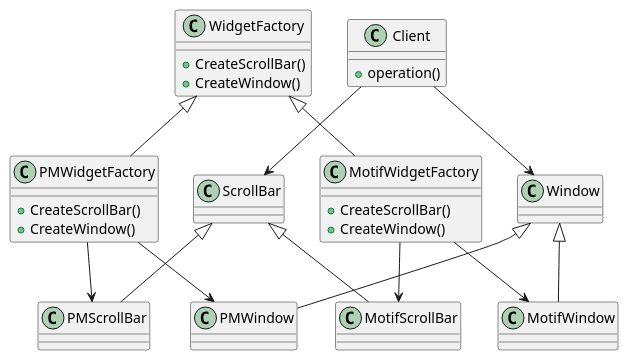
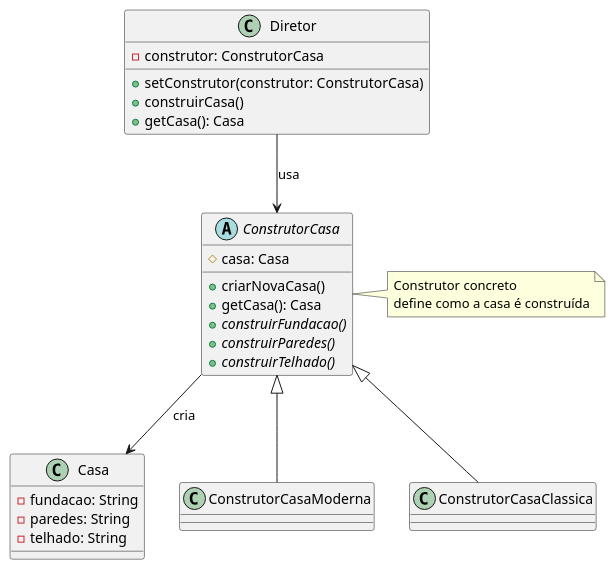
One commit to 20242-ifba-saj-ads-ppr/seminario-ppr-criacional-builder-EquipePrototype changed the diagram in README.md. Above: the diagram before and after it, drawn with PlantUML. The commit also changed other lines of this file, not shown here.

````diff
--- a/README.md
+++ b/README.md
@@ -35,31 +78,34 @@
-```plantuml
+@startuml
+class Casa {
+  - fundacao: String
+  - paredes: String
+  - telhado: String
+}
 
-    class WidgetFactory {
-        +CreateScrollBar()
-        +CreateWindow()
-    }
-    class MotifWidgetFactory extends WidgetFactory  {
-        +CreateScrollBar()
-        +CreateWindow()
-    }
-    class PMWidgetFactory  extends WidgetFactory{
-        +CreateScrollBar()
-        +CreateWindow()
-    }
-    class Client {
-        +operation()
-    }
-    class ScrollBar
-    class MotifScrollBar extends ScrollBar
-    class PMScrollBar extends ScrollBar
-    class Window
-    class MotifWindow extends Window
-    class PMWindow  extends Window
+abstract class ConstrutorCasa {
+  # casa: Casa
+  + criarNovaCasa()
+  + getCasa(): Casa
+  + {abstract} construirFundacao()
+  + {abstract} construirParedes()
+  + {abstract} construirTelhado()
+}
 
-    Client --> Window
-    Client --> ScrollBar
-    MotifWidgetFactory --> MotifScrollBar
-    MotifWidgetFactory --> MotifWindow
-    PMWidgetFactory --> PMScrollBar
-    PMWidgetFactory --> PMWindow
-```
+class ConstrutorCasaModerna extends ConstrutorCasa
+class ConstrutorCasaClassica extends ConstrutorCasa
+
+class Diretor {
+  - construtor: ConstrutorCasa
+  + setConstrutor(construtor: ConstrutorCasa)
+  + construirCasa()
+  + getCasa(): Casa
+}
+
+Diretor --> ConstrutorCasa : usa
+ConstrutorCasa --> Casa : cria
+
+note right of ConstrutorCasa
+  Construtor concreto
+  define como a casa é construída
+end note
+@enduml
````
